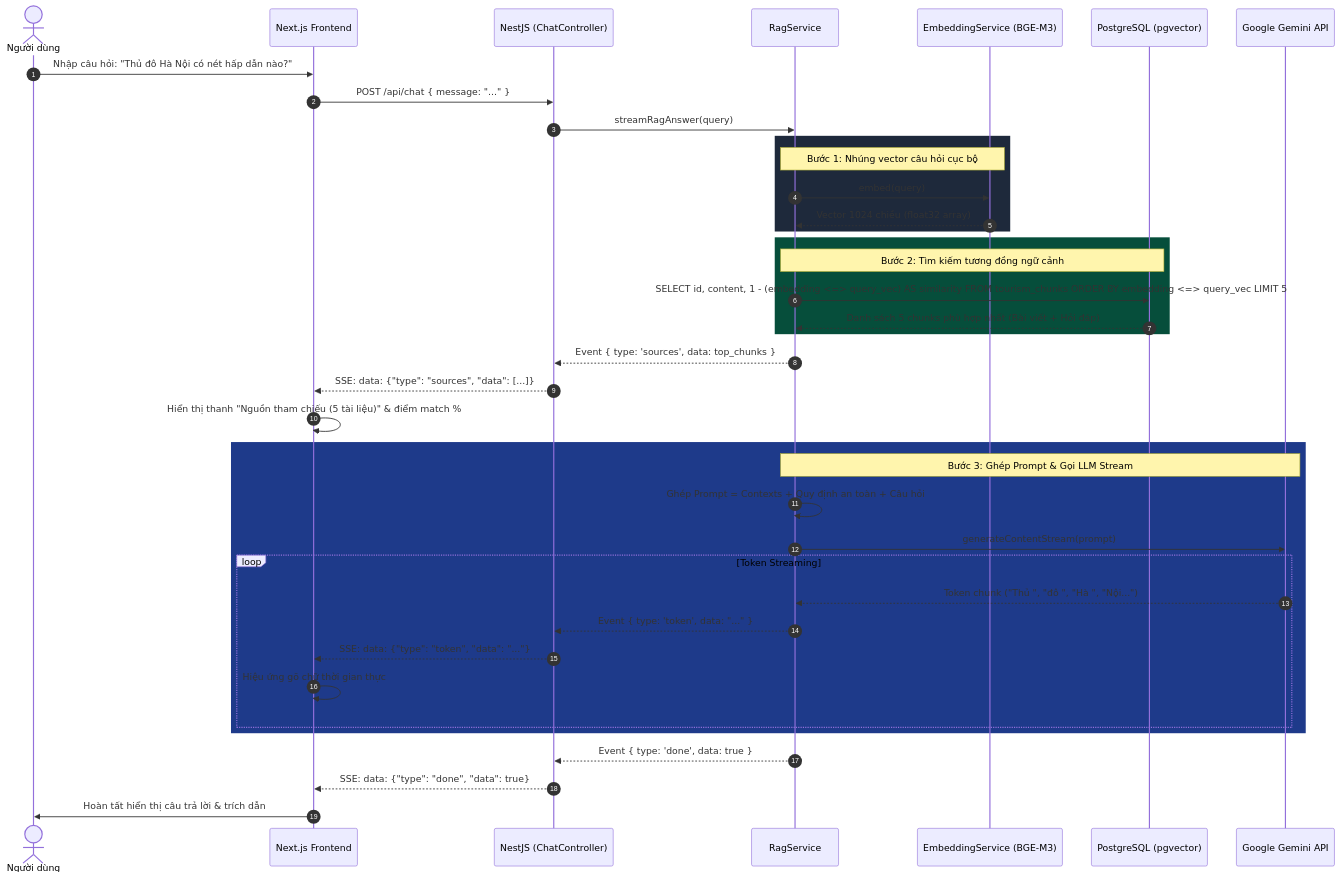
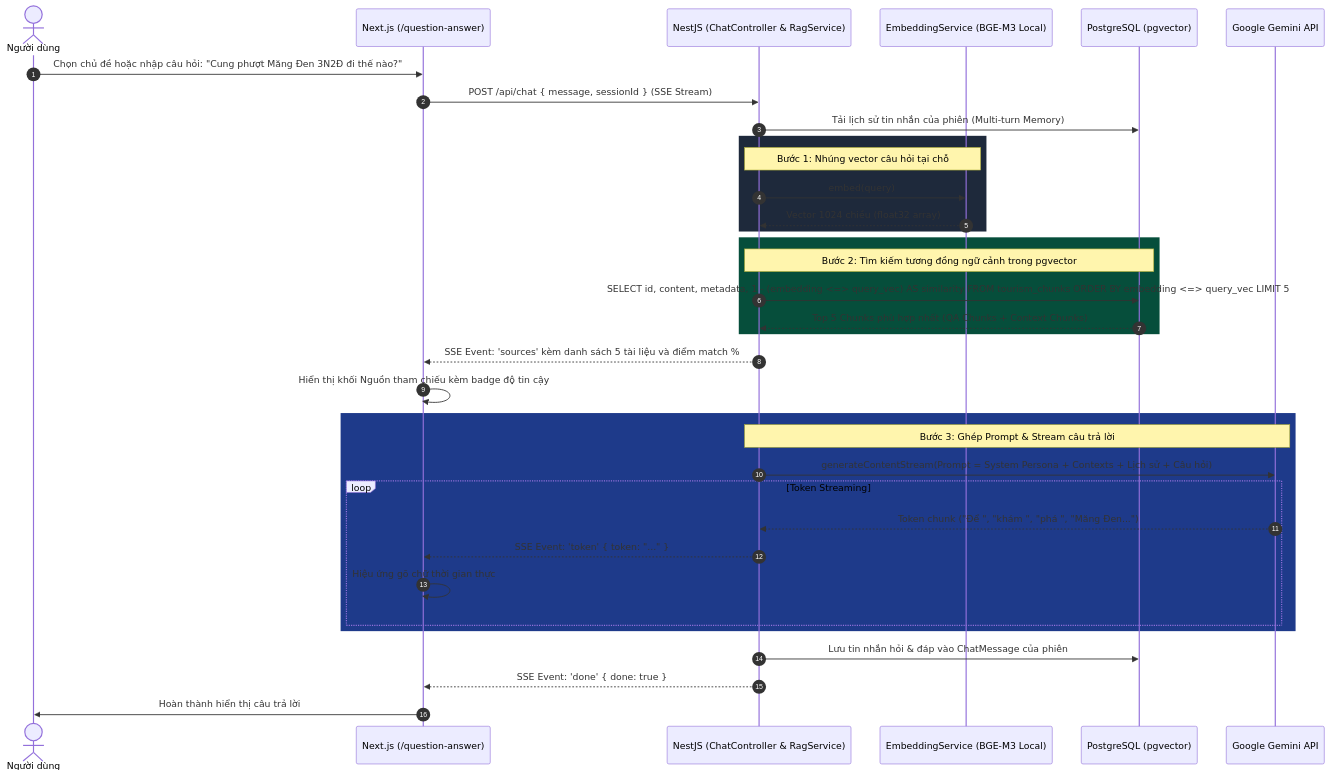
The third of 3 diagrams in docs/architecture.md (hoducvinhh/Ai-Travel-Planner), drawn with Mermaid before and after one commit. The commit also changed other lines of this file and 4 other files, not shown here.

Commit message:
docs: add comprehensive project documentation including design system, PRD, API, agent, and architecture specs

````diff
--- a/docs/architecture.md
+++ b/docs/architecture.md
@@ -69,47 +141,43 @@
 ```mermaid
 sequenceDiagram
     autonumber
     actor User as Người dùng
-    participant UI as Next.js Frontend
-    participant Nest as NestJS (ChatController)
-    participant RAG as RagService
-    participant Embed as EmbeddingService (BGE-M3)
+    participant UI as Next.js (/question-answer)
+    participant Nest as NestJS (ChatController & RagService)
+    participant Embed as EmbeddingService (BGE-M3 Local)
     participant DB as PostgreSQL (pgvector)
     participant Gemini as Google Gemini API
 
-    User->>UI: Nhập câu hỏi: "Thủ đô Hà Nội có nét hấp dẫn nào?"
-    UI->>Nest: POST /api/chat { message: "..." }
-    Nest->>RAG: streamRagAnswer(query)
-    
+    User->>UI: Chọn chủ đề hoặc nhập câu hỏi: "Cung phượt Măng Đen 3N2Đ đi thế nào?"
+    UI->>Nest: POST /api/chat { message, sessionId } (SSE Stream)
+    Nest->>DB: Tải lịch sử tin nhắn của phiên (Multi-turn Memory)
+
     rect rgb(30, 41, 59)
-        note over RAG,Embed: Bước 1: Nhúng vector câu hỏi cục bộ
-        RAG->>Embed: embed(query)
-        Embed-->>RAG: Vector 1024 chiều (float32 array)
+        note over Nest,Embed: Bước 1: Nhúng vector câu hỏi tại chỗ
+        Nest->>Embed: embed(query)
+        Embed-->>Nest: Vector 1024 chiều (float32 array)
     end
 
     rect rgb(6, 78, 59)
-        note over RAG,DB: Bước 2: Tìm kiếm tương đồng ngữ cảnh
-        RAG->>DB: SELECT id, content, 1 - (embedding <=> query_vec) AS similarity FROM tourism_chunks ORDER BY embedding <=> query_vec LIMIT 5
-        DB-->>RAG: Danh sách 5 chunks phù hợp nhất (Bài viết + Hỏi đáp)
+        note over Nest,DB: Bước 2: Tìm kiếm tương đồng ngữ cảnh trong pgvector
+        Nest->>DB: SELECT id, content, metadata, 1 - (embedding <=> query_vec) AS similarity FROM tourism_chunks ORDER BY embedding <=> query_vec LIMIT 5
+        DB-->>Nest: Top 5 Chunks phù hợp nhất (QA Chunks + Context Chunks)
     end
 
-    RAG-->>Nest: Event { type: 'sources', data: top_chunks }
-    Nest-->>UI: SSE: data: {"type": "sources", "data": [...]}
-    UI->>UI: Hiển thị thanh "Nguồn tham chiếu (5 tài liệu)" & điểm match %
+    Nest-->>UI: SSE Event: 'sources' kèm danh sách 5 tài liệu và điểm match %
+    UI->>UI: Hiển thị khối Nguồn tham chiếu kèm badge độ tin cậy
 
     rect rgb(30, 58, 138)
-        note over RAG,Gemini: Bước 3: Ghép Prompt & Gọi LLM Stream
-        RAG->>RAG: Ghép Prompt = Contexts + Quy định an toàn + Câu hỏi
-        RAG->>Gemini: generateContentStream(prompt)
+        note over Nest,Gemini: Bước 3: Ghép Prompt & Stream câu trả lời
+        Nest->>Gemini: generateContentStream(Prompt = System Persona + Contexts + Lịch sử + Câu hỏi)
         loop Token Streaming
-            Gemini-->>RAG: Token chunk ("Thủ ", "đô ", "Hà ", "Nội...")
-            RAG-->>Nest: Event { type: 'token', data: "..." }
-            Nest-->>UI: SSE: data: {"type": "token", "data": "..."}
+            Gemini-->>Nest: Token chunk ("Để ", "khám ", "phá ", "Măng Đen...")
+            Nest-->>UI: SSE Event: 'token' { token: "..." }
             UI->>UI: Hiệu ứng gõ chữ thời gian thực
         end
     end
 
-    RAG-->>Nest: Event { type: 'done', data: true }
-    Nest-->>UI: SSE: data: {"type": "done", "data": true}
-    UI->>User: Hoàn tất hiển thị câu trả lời & trích dẫn
+    Nest->>DB: Lưu tin nhắn hỏi & đáp vào ChatMessage của phiên
+    Nest-->>UI: SSE Event: 'done' { done: true }
+    UI->>User: Hoàn thành hiển thị câu trả lời
 ```
````
